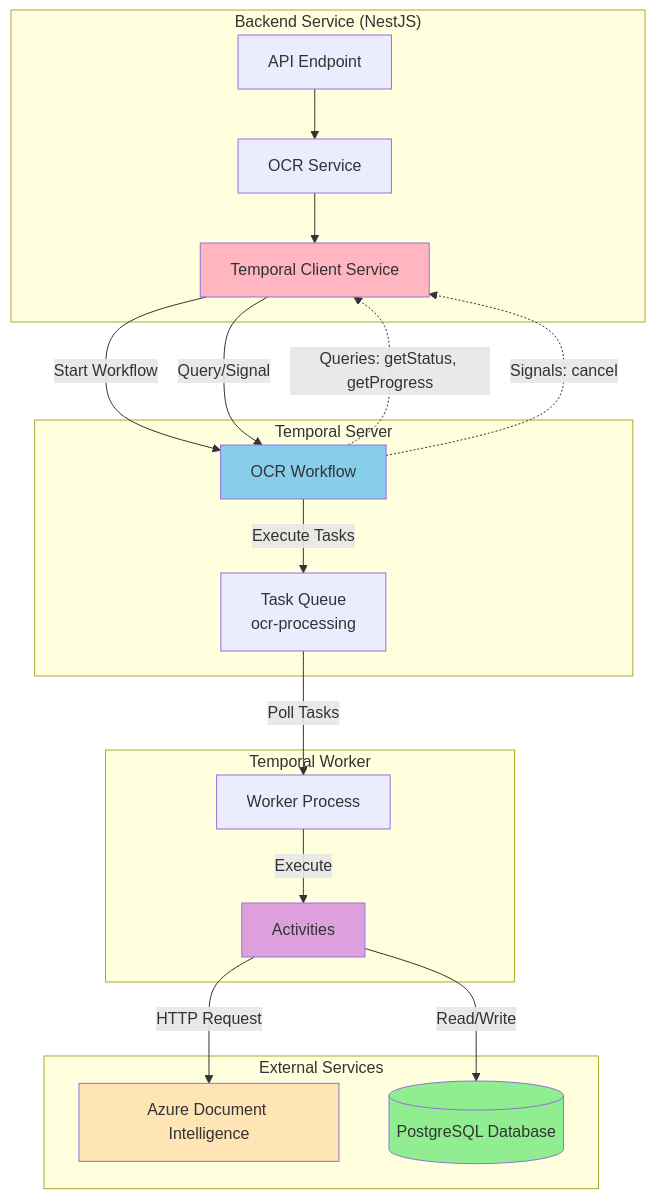
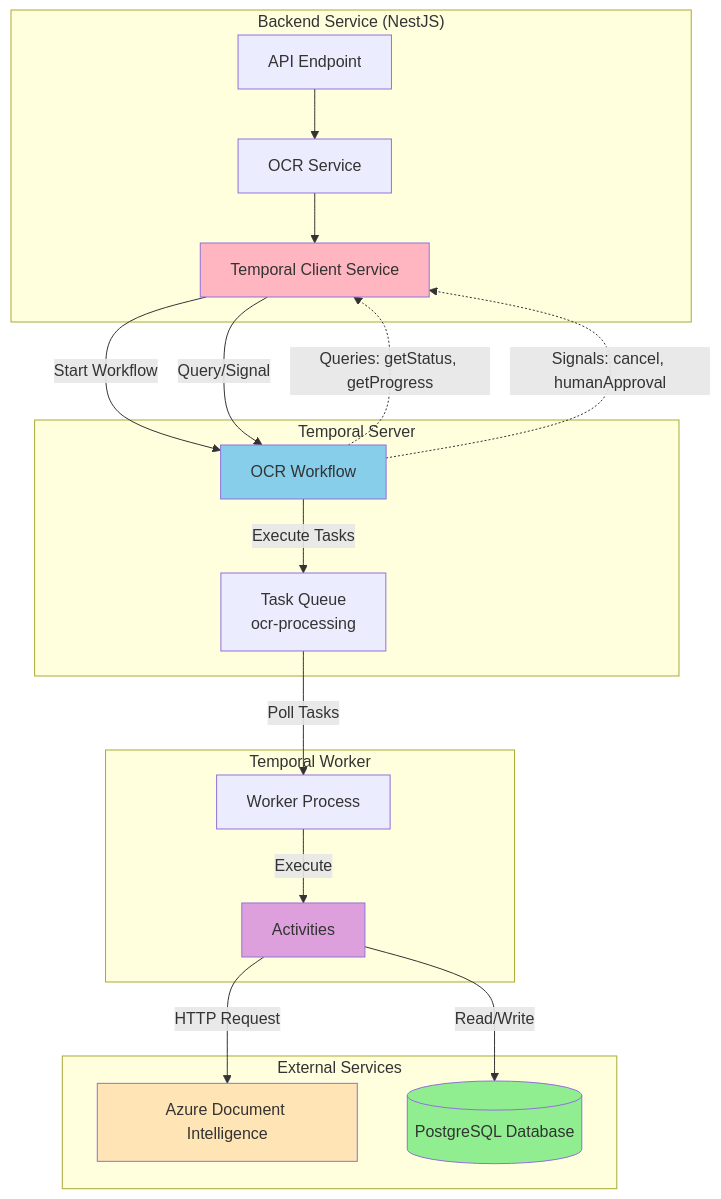
The first of 2 diagrams in apps/temporal/README.md (bcgov/ai-adoption-document-intelligence), drawn with Mermaid before and after one commit. The commit also changed other lines of this file and 78 other files, not shown here.

First line of the commit message:
Refactor to shared Prisma schema and add workflow config support

````diff
--- a/apps/temporal/README.md
+++ b/apps/temporal/README.md
@@ -19,44 +21,44 @@
 ```mermaid
 graph TB
     subgraph "Backend Service (NestJS)"
         API[API Endpoint]
         OCRService[OCR Service]
         TemporalClient[Temporal Client Service]
     end
 
     subgraph "Temporal Server"
         Workflow[OCR Workflow]
         TaskQueue[Task Queue<br/>ocr-processing]
     end
 
     subgraph "Temporal Worker"
         Worker[Worker Process]
         Activities[Activities]
     end
 
     subgraph "External Services"
         Azure[Azure Document Intelligence]
         Database[(PostgreSQL Database)]
     end
 
     API --> OCRService
     OCRService --> TemporalClient
     TemporalClient -->|Start Workflow| Workflow
     TemporalClient -->|Query/Signal| Workflow
 
     Workflow -->|Execute Tasks| TaskQueue
     TaskQueue -->|Poll Tasks| Worker
     Worker -->|Execute| Activities
 
     Activities -->|HTTP Request| Azure
     Activities -->|Read/Write| Database
 
     Workflow -.->|Queries: getStatus, getProgress| TemporalClient
-    Workflow -.->|Signals: cancel| TemporalClient
+    Workflow -.->|Signals: cancel, humanApproval| TemporalClient
 
     style Workflow fill:#87CEEB
     style Activities fill:#DDA0DD
     style Azure fill:#FFE4B5
     style Database fill:#90EE90
     style TemporalClient fill:#FFB6C1
 ```
````
